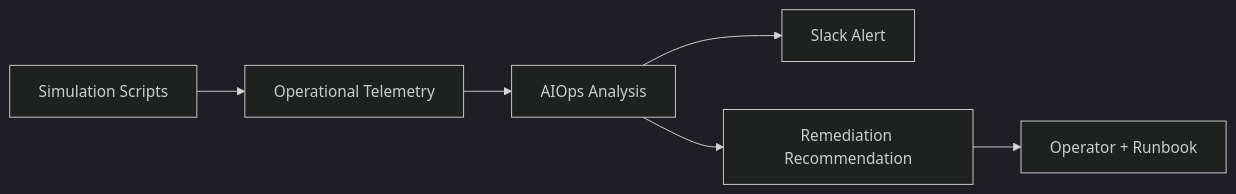
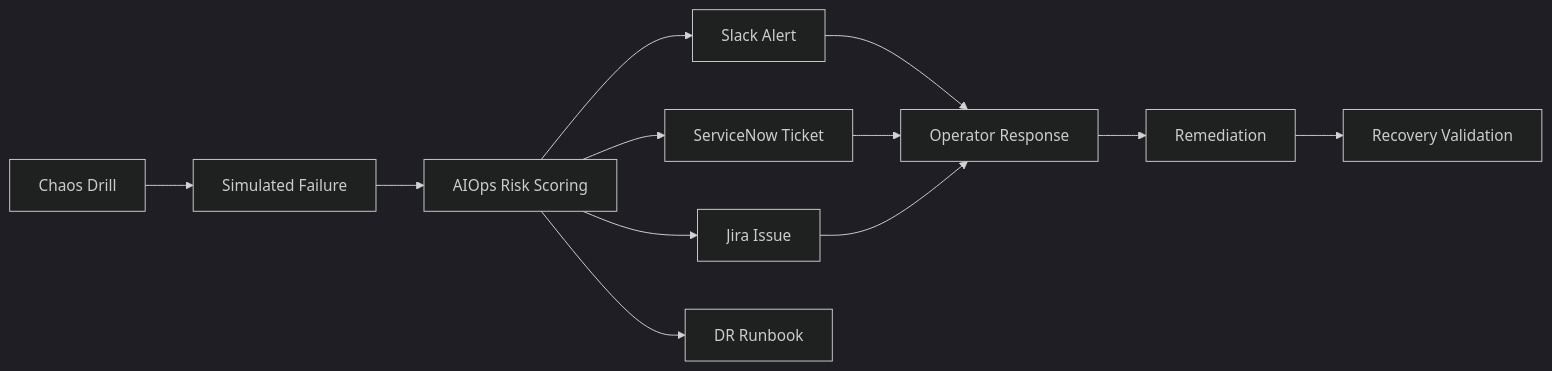
The diagram in express-reliability-platform-v09/README.md (Here2ServeU/express-reliability-platform-course), drawn with Mermaid (dark theme) before and after one commit. The commit also changed other lines of this file and 8 other files, not shown here.

````diff
--- a/express-reliability-platform-v09/README.md
+++ b/express-reliability-platform-v09/README.md
@@ -44,8 +57,14 @@
 ```mermaid
 flowchart LR
-	 Sim[Simulation Scripts] --> Telemetry[Operational Telemetry]
-	 Telemetry --> AIOps[AIOps Analysis]
-	 AIOps --> Alert[Slack Alert]
-	 AIOps --> Remedy[Remediation Recommendation]
-	 Remedy --> Ops[Operator + Runbook]
+    Chaos[Chaos Drill] --> Sim[Simulated Failure]
+    Sim --> AIOps[AIOps Risk Scoring]
+    AIOps --> Slack[Slack Alert]
+    AIOps --> SNOW[ServiceNow Ticket]
+    AIOps --> Jira[Jira Issue]
+    AIOps --> Runbook[DR Runbook]
+    Slack --> Ops[Operator Response]
+    SNOW --> Ops
+    Jira --> Ops
+    Ops --> Fix[Remediation]
+    Fix --> Validate[Recovery Validation]
 ```
````
